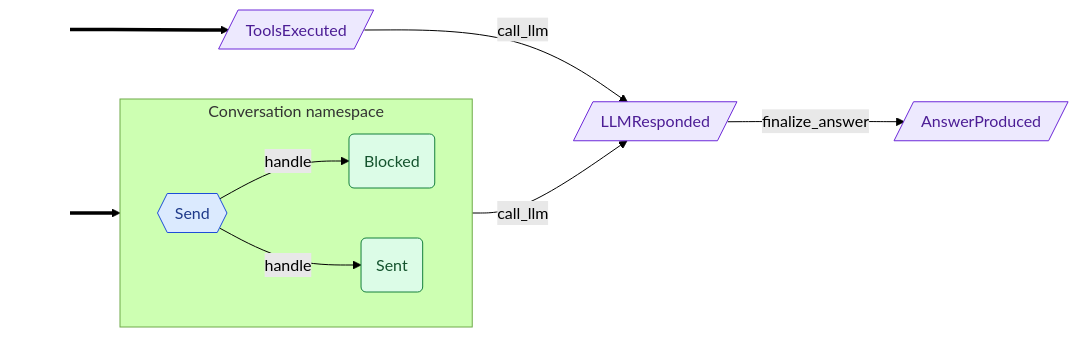
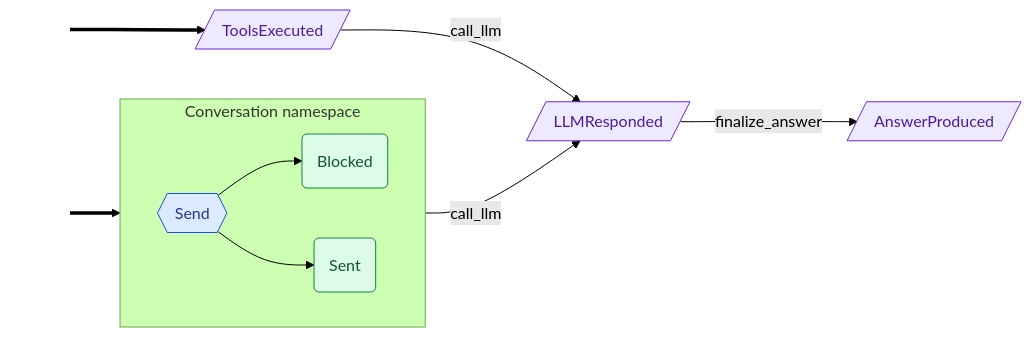
One commit to cadance-io/langgraph-events changed the second of 2 diagrams in examples/conversation.graph.md. Above: the diagram before and after it, drawn with Mermaid (forest theme). The commit also changed other lines of this file and 17 other files, not shown here.

````diff
--- a/examples/conversation.graph.md
+++ b/examples/conversation.graph.md
@@ -48,27 +48,27 @@
 ```mermaid
 graph LR
     classDef entry fill:none,stroke:none,color:none
     classDef cmd fill:#dbeafe,stroke:#1d4ed8,color:#1e3a8a
     classDef devt fill:#dcfce7,stroke:#15803d,color:#14532d
     classDef intg fill:#ede9fe,stroke:#6d28d9,color:#4c1d95
     classDef syst fill:#fef3c7,stroke:#b45309,color:#78350f
     classDef halt fill:#fef3c7,stroke:#b45309,color:#78350f,stroke-width:3px,stroke-dasharray:4 2
     classDef inv fill:#ffedd5,stroke:#c2410c,color:#7c2d12
     subgraph Conversation["Conversation namespace"]
         direction LR
         Blocked(Blocked):::devt
         Send{{Send}}:::cmd
         Sent(Sent):::devt
     end
     AnswerProduced[/AnswerProduced/]:::intg
     LLMResponded[/LLMResponded/]:::intg
     ToolsExecuted[/ToolsExecuted/]:::intg
     _e0_[ ]:::entry ==> Send
     _e1_[ ]:::entry ==> ToolsExecuted
-    Send -->|handle| Sent
-    Send -->|handle| Blocked
+    Send --> Sent
+    Send --> Blocked
     Sent -->|call_llm| LLMResponded
     ToolsExecuted -->|call_llm| LLMResponded
     LLMResponded -->|finalize_answer| AnswerProduced
 %% Side-effect handlers: audit_trail (Auditable)
 ```
````
